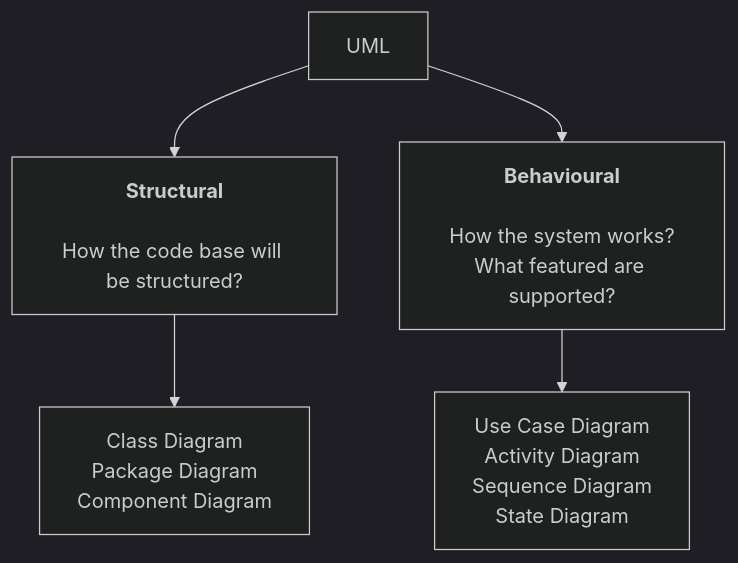
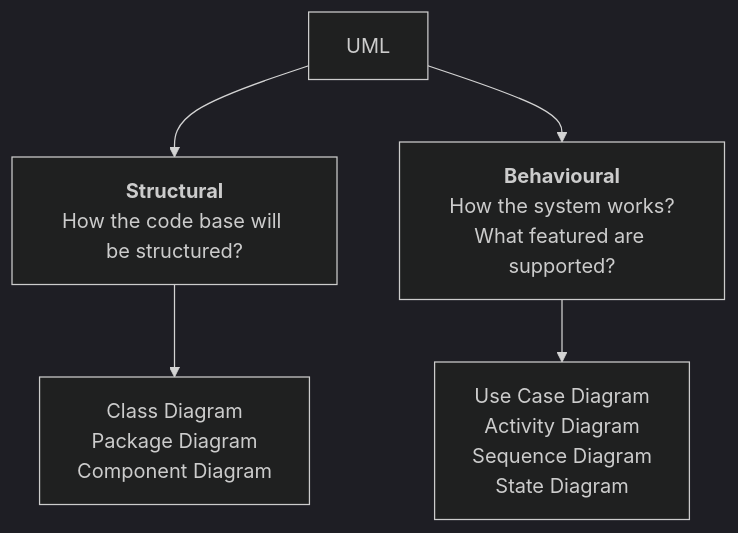
Before and after one commit to Chitlangia-Vedant/Obsidian: the first of 5 diagrams in System Design/04. UML (Unified Modelling Language) Diagram.md, drawn with Mermaid (dark theme). The commit also changed other lines of this file, not shown here.

````diff
--- a/System Design/04. UML (Unified Modelling Language) Diagram.md
+++ b/System Design/04. UML (Unified Modelling Language) Diagram.md
@@ -1,20 +1,28 @@
 ```mermaid
 flowchart TD
 
 UML --> Structural
 UML --> Behavioural
 
 
 Structural --> Structural_Types
 
 
 Behavioural --> Behavioural_Types
 
-Structural["<b>Structural</b><br/><br/>How the code base will be structured?"]
+Structural["<b>Structural</b>
+How the code base will be structured?"]
 
-Structural_Types["Class Diagram<br/>Package Diagram<br/>Component Diagram"]
+Structural_Types["Class Diagram
+Package Diagram
+Component Diagram"]
 
-Behavioural["<b>Behavioural</b><br/><br/>How the system works?</br>What featured are supported?"]
+Behavioural["<b>Behavioural</b>
+How the system works?
+What featured are supported?"]
 
-Behavioural_Types["Use Case Diagram<br/>Activity Diagram<br/>Sequence Diagram<br/>State Diagram"]
+Behavioural_Types["Use Case Diagram
+Activity Diagram
+Sequence Diagram
+State Diagram"]
 ```
````
